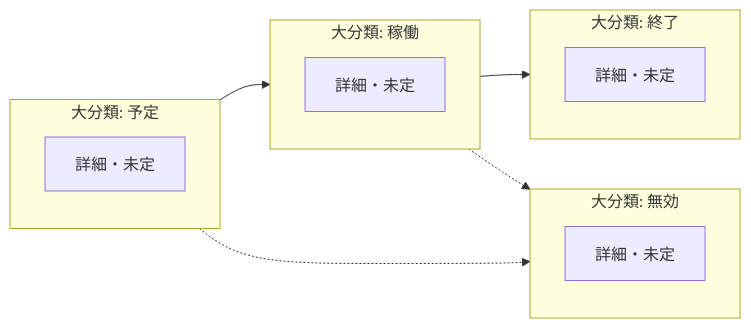
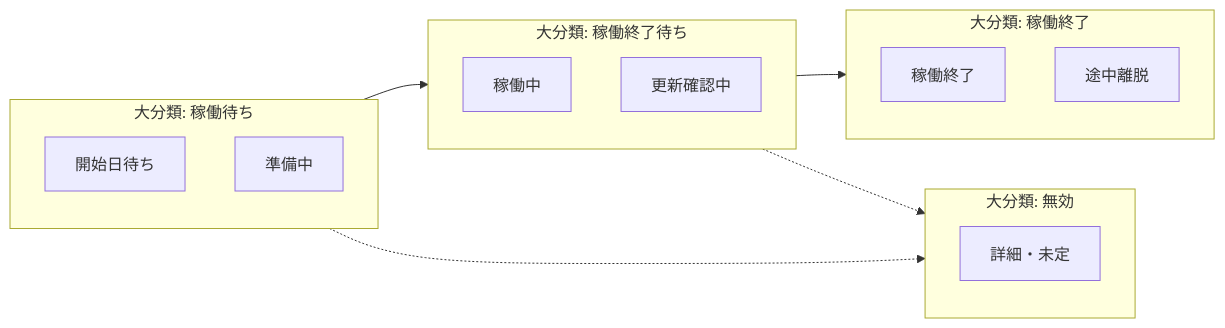
One commit to keisuke-ota-adc/AutoAssignAgent changed the fourth of 5 diagrams in docs/data-model-flowchart.md. Above: the diagram before and after it, drawn with Mermaid. The commit also changed other lines of this file and 4 other files, not shown here.

````diff
--- a/docs/data-model-flowchart.md
+++ b/docs/data-model-flowchart.md
@@ -121,22 +124,25 @@
 ```mermaid
 flowchart LR
-  subgraph w1["大分類: 予定"]
+  subgraph w1["大分類: 稼働待ち"]
     direction TB
-    w1l2[詳細・未定]
+    w1a[開始日待ち]
+    w1b[準備中]
   end
-  subgraph w2["大分類: 稼働"]
+  subgraph w2["大分類: 稼働終了待ち"]
     direction TB
-    w2l2[詳細・未定]
+    w2a[稼働中]
+    w2b[更新確認中]
   end
-  subgraph w3["大分類: 終了"]
+  subgraph w3["大分類: 稼働終了"]
     direction TB
-    w3l2[詳細・未定]
+    w3a[稼働終了]
+    w3b[途中離脱]
   end
   subgraph w4["大分類: 無効"]
     direction TB
     w4l2[詳細・未定]
   end
   w1 --> w2 --> w3
   w1 -.-> w4
   w2 -.-> w4
 ```
````
